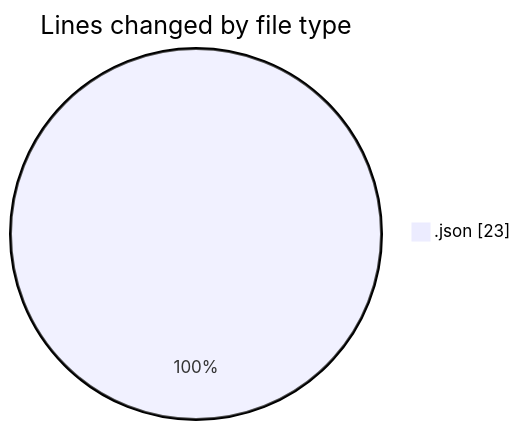
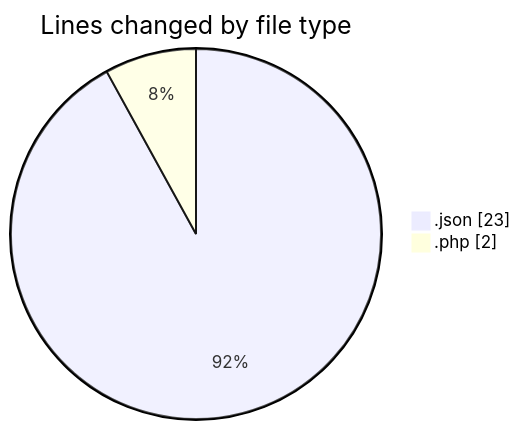
Before and after one commit to LanceThiago/code-tracking: the first of 2 diagrams in 2025-03-27/kml/README.md, drawn with Mermaid. The commit also changed other lines of this file and 1 other file, not shown here.

````diff
--- a/2025-03-27/kml/README.md
+++ b/2025-03-27/kml/README.md
@@ -20,5 +21,6 @@
 ```mermaid
 pie showData
 title Lines changed by file type
 ".json" : 23
+".php" : 2
 ```
````
